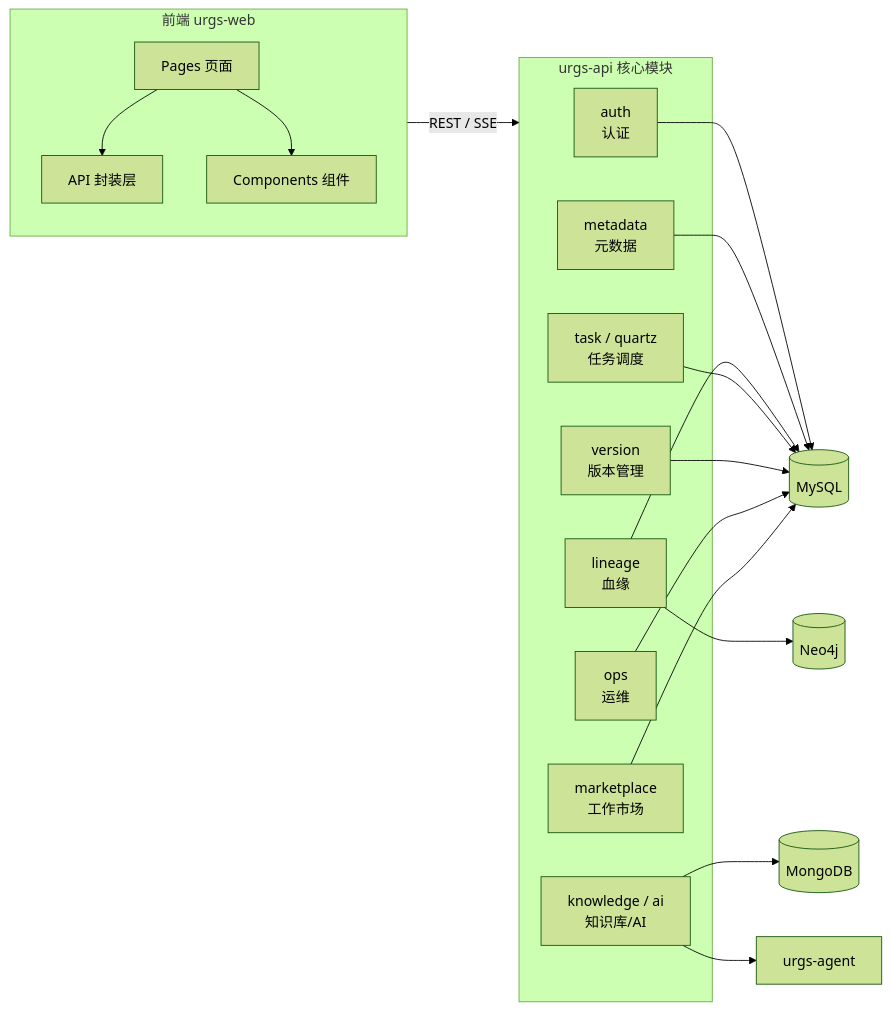
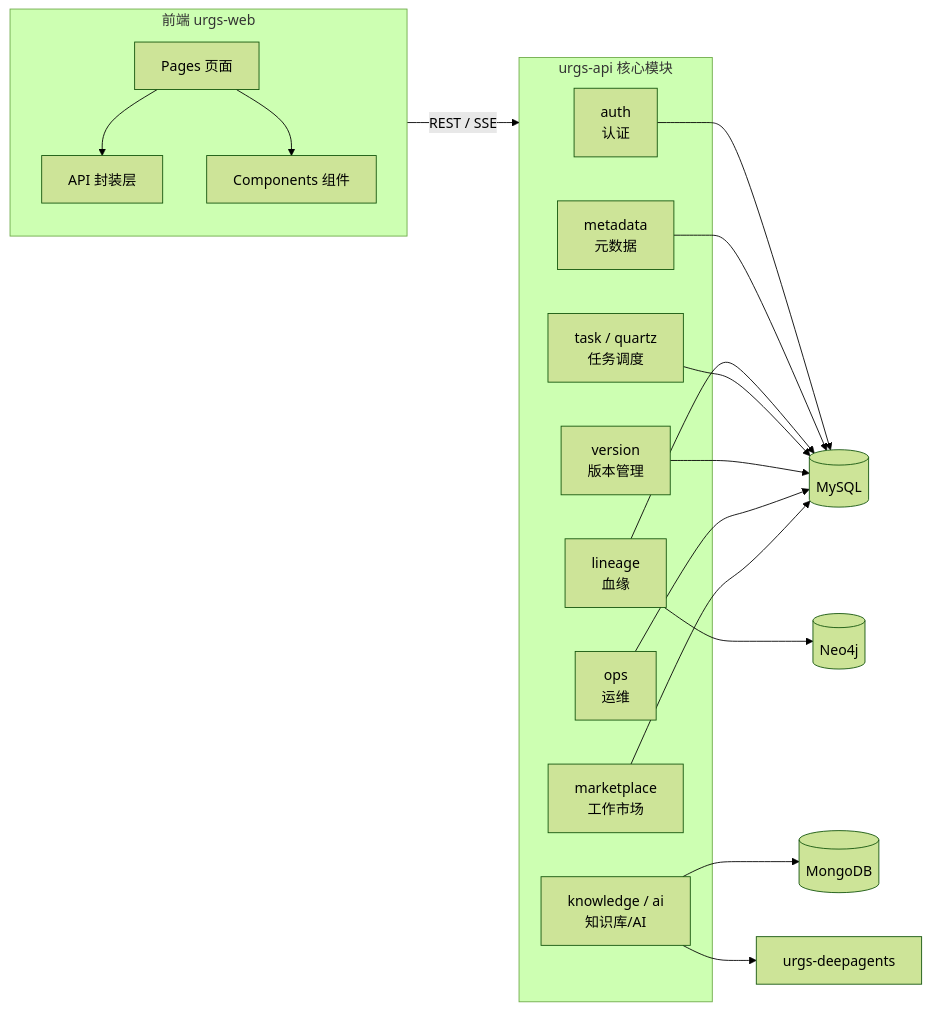
Before and after one commit to Jingkzhou/urgs: the sixth of 7 diagrams in docs/architecture/architecture-diagrams.md, drawn with Mermaid (forest theme). The commit also changed other lines of this file and 63 other files, not shown here.

````diff
--- a/docs/architecture/architecture-diagrams.md
+++ b/docs/architecture/architecture-diagrams.md
@@ -158,34 +156,34 @@
 ```mermaid
 graph LR
     subgraph Frontend["前端 urgs-web"]
         Pages["Pages 页面"]
         API["API 封装层"]
         Comp["Components 组件"]
         Pages --> API
         Pages --> Comp
     end
 
     subgraph Core["urgs-api 核心模块"]
         Auth["auth<br/>认证"]
         Meta["metadata<br/>元数据"]
         Line["lineage<br/>血缘"]
         Task["task / quartz<br/>任务调度"]
         Know["knowledge / ai<br/>知识库/AI"]
         Ver["version<br/>版本管理"]
         Ops["ops<br/>运维"]
         Mkt["marketplace<br/>工作市场"]
     end
 
     Frontend -->|"REST / SSE"| Core
 
     Auth --> DB[(MySQL)]
     Meta --> DB
     Line --> DB
     Line --> Neo[(Neo4j)]
     Task --> DB
     Know --> Mongo[(MongoDB)]
-    Know --> Agent["urgs-agent"]
+    Know --> Agent["urgs-deepagents"]
     Ver --> DB
     Ops --> DB
     Mkt --> DB
 ```
````
